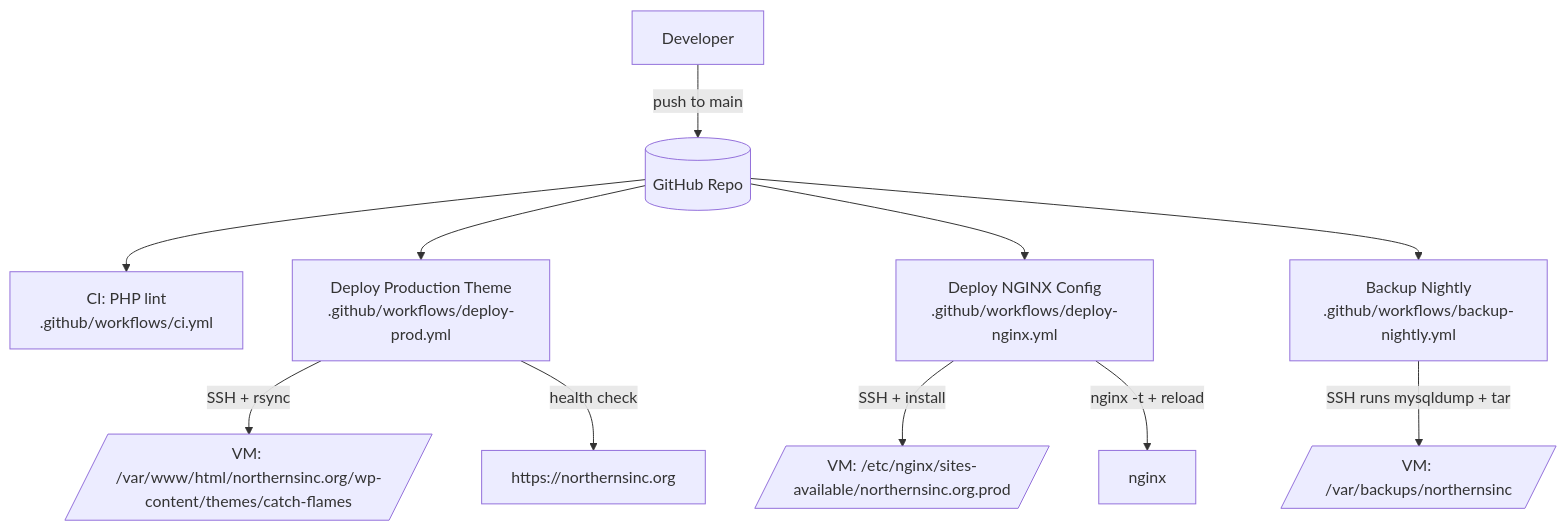
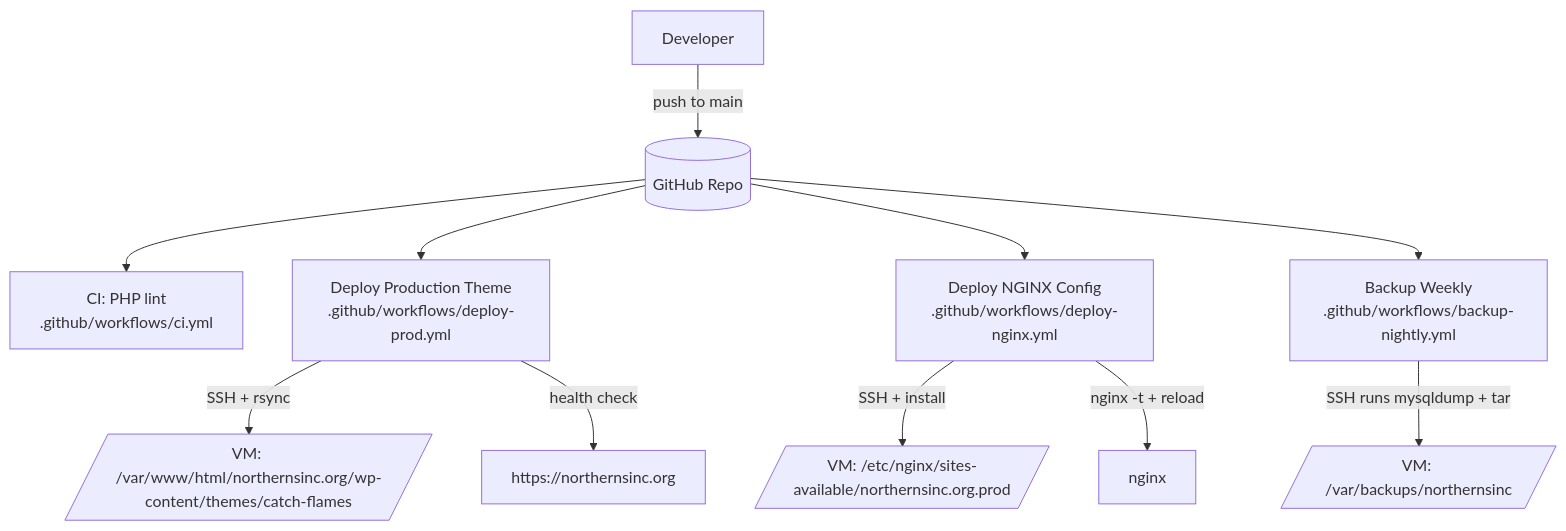
One commit to umckidy/northernsinc changed the diagram in README.md. Above: the diagram before and after it, drawn with Mermaid. The commit also changed other lines of this file and 2 other files, not shown here.

Commit message:
Run backups weekly with shorter retention
Switch scheduled backups to weekly and keep a small rolling window (21 days) to limit disk usage while maintaining restore points.

````diff
--- a/README.md
+++ b/README.md
@@ -20,17 +20,17 @@
 ```mermaid
 flowchart TD
   Dev[Developer] -->|push to main| GitHub[(GitHub Repo)]
 
   GitHub --> CI[CI: PHP lint\n.github/workflows/ci.yml]
 
   GitHub --> DeployTheme[Deploy Production Theme\n.github/workflows/deploy-prod.yml]
   DeployTheme -->|SSH + rsync| VMTheme[/VM: /var/www/html/northernsinc.org/wp-content/themes/catch-flames/]
   DeployTheme -->|health check| Site[https://northernsinc.org]
 
   GitHub --> DeployNginx[Deploy NGINX Config\n.github/workflows/deploy-nginx.yml]
   DeployNginx -->|SSH + install| VMNginx[/VM: /etc/nginx/sites-available/northernsinc.org.prod/]
   DeployNginx -->|nginx -t + reload| Nginx[nginx]
 
-  GitHub --> Backup[Backup Nightly\n.github/workflows/backup-nightly.yml]
+  GitHub --> Backup[Backup Weekly\n.github/workflows/backup-nightly.yml]
   Backup -->|SSH runs mysqldump + tar| Backups[/VM: /var/backups/northernsinc/]
 ```
````
